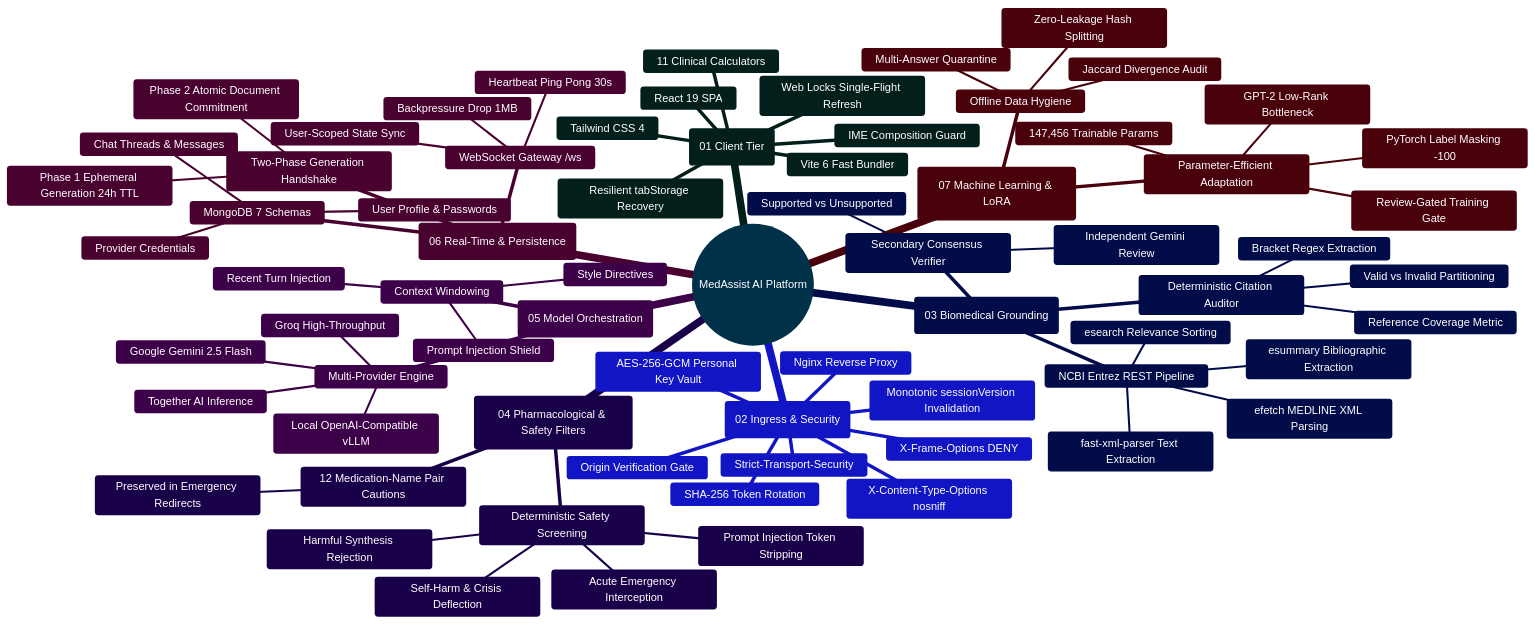
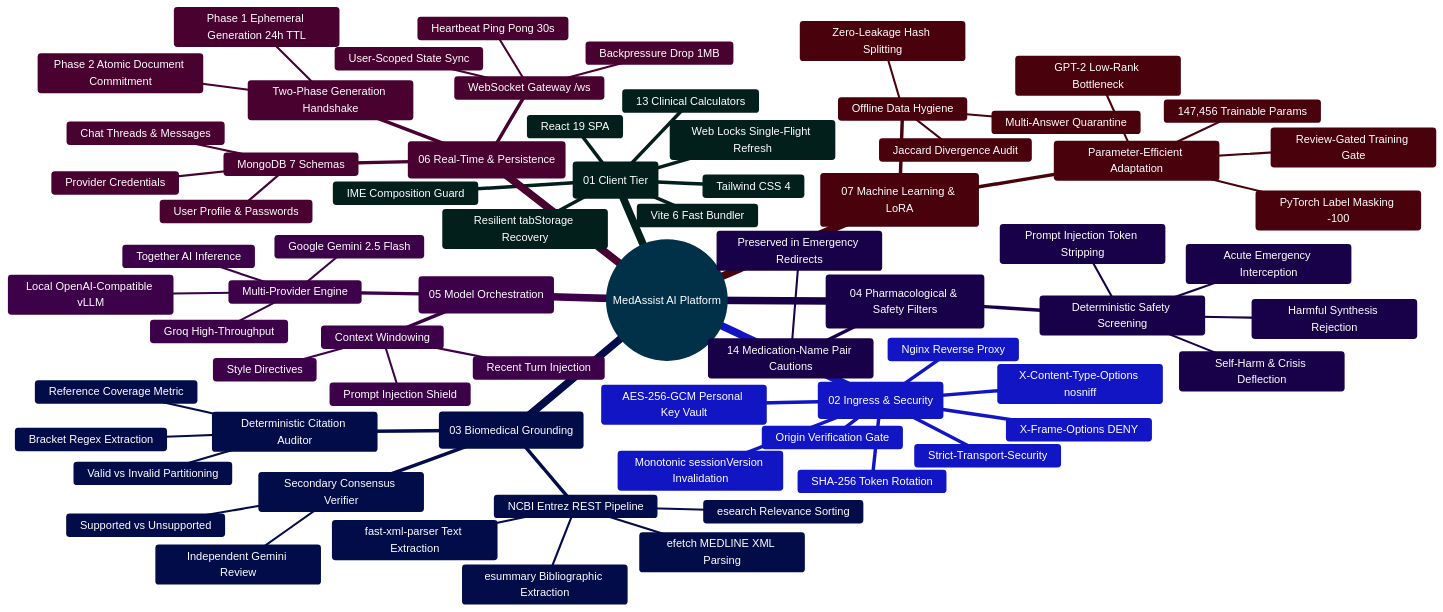
One commit to Ganesh172919/React-App-LLM changed the diagram in docs/README.md. Above: the diagram before and after it, drawn with Mermaid. The commit also changed other lines of this file and 11 other files, not shown here.

Commit message:
docs: comprehensive update across architecture, 13 clinical tools, and 14 FDA drug interaction rules

````diff
--- a/docs/README.md
+++ b/docs/README.md
@@ -92,76 +92,76 @@
 ```mermaid
 %%{init: {'theme': 'base', 'themeVariables': { 'primaryColor': '#0284c7', 'primaryTextColor': '#ffffff', 'primaryBorderColor': '#0369a1', 'lineColor': '#0284c7', 'secondaryColor': '#0d9488', 'tertiaryColor': '#6366f1' }}}%%
 mindmap
   root((MedAssist AI Platform))
     ::icon(fa fa-heartbeat)
     (01 Client Tier)
       React 19 SPA
       Vite 6 Fast Bundler
       Tailwind CSS 4
       Web Locks Single-Flight Refresh
       Resilient tabStorage Recovery
       IME Composition Guard
-      11 Clinical Calculators
+      13 Clinical Calculators
     (02 Ingress & Security)
       Nginx Reverse Proxy
       Origin Verification Gate
       Strict-Transport-Security
       X-Content-Type-Options nosniff
       X-Frame-Options DENY
       AES-256-GCM Personal Key Vault
       Monotonic sessionVersion Invalidation
       SHA-256 Token Rotation
     (03 Biomedical Grounding)
       NCBI Entrez REST Pipeline
         esearch Relevance Sorting
         esummary Bibliographic Extraction
         efetch MEDLINE XML Parsing
         fast-xml-parser Text Extraction
       Deterministic Citation Auditor
         Bracket Regex Extraction
         Valid vs Invalid Partitioning
         Reference Coverage Metric
       Secondary Consensus Verifier
         Independent Gemini Review
         Supported vs Unsupported
     (04 Pharmacological & Safety Filters)
       Deterministic Safety Screening
         Self-Harm & Crisis Deflection
         Acute Emergency Interception
         Harmful Synthesis Rejection
         Prompt Injection Token Stripping
-      12 Medication-Name Pair Cautions
+      14 Medication-Name Pair Cautions
         Preserved in Emergency Redirects
     (05 Model Orchestration)
       Multi-Provider Engine
         Google Gemini 2.5 Flash
         Groq High-Throughput
         Together AI Inference
         Local OpenAI-Compatible vLLM
       Context Windowing
         Recent Turn Injection
         Prompt Injection Shield
         Style Directives
     (06 Real-Time & Persistence)
       Two-Phase Generation Handshake
         Phase 1 Ephemeral Generation 24h TTL
         Phase 2 Atomic Document Commitment
       WebSocket Gateway /ws
         Heartbeat Ping Pong 30s
         Backpressure Drop 1MB
         User-Scoped State Sync
       MongoDB 7 Schemas
         User Profile & Passwords
         Chat Threads & Messages
         Provider Credentials
     (07 Machine Learning & LoRA)
       Offline Data Hygiene
         Jaccard Divergence Audit
         Multi-Answer Quarantine
         Zero-Leakage Hash Splitting
       Parameter-Efficient Adaptation
         GPT-2 Low-Rank Bottleneck
         147,456 Trainable Params
         PyTorch Label Masking -100
         Review-Gated Training Gate
 ```
````
